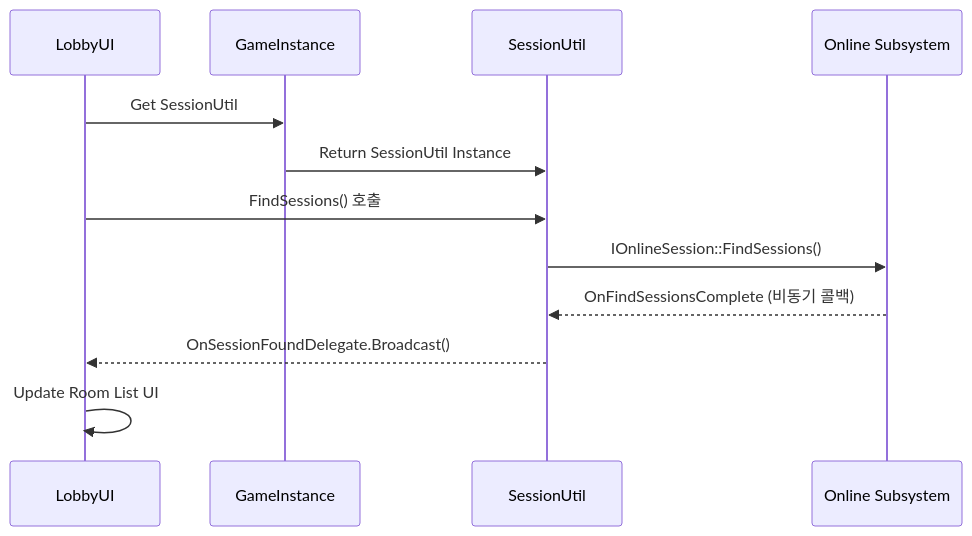
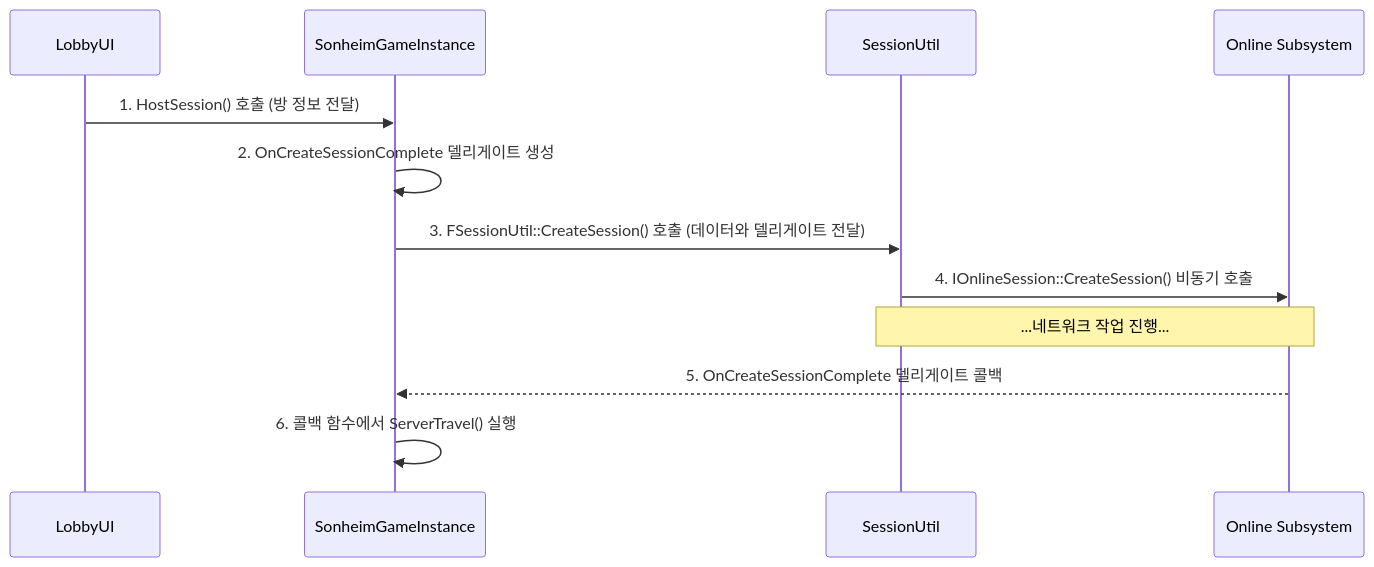
Before and after one commit to chungheonLee0325/Sonheim: the diagram in Doc/Wiki/3.2_Session_Management_And_Lobby.md, drawn with Mermaid. The commit also changed other lines of this file and 41 other files, not shown here.

````diff
--- a/Doc/Wiki/3.2_Session_Management_And_Lobby.md
+++ b/Doc/Wiki/3.2_Session_Management_And_Lobby.md
@@ -18,15 +18,15 @@
 ```mermaid
 sequenceDiagram
     participant UI as LobbyUI
-    participant GI as GameInstance
+    participant GI as SonheimGameInstance
     participant Util as SessionUtil
     participant OSS as Online Subsystem
 
-    UI->>GI: Get SessionUtil
-    GI->>Util: Return SessionUtil Instance
-    UI->>Util: FindSessions() 호출
-    Util->>OSS: IOnlineSession::FindSessions()
-    OSS-->>Util: OnFindSessionsComplete (비동기 콜백)
-    Util-->>UI: OnSessionFoundDelegate.Broadcast()
-    UI->>UI: Update Room List UI
+    UI->>GI: 1. HostSession() 호출 (방 정보 전달)
+    GI->>GI: 2. OnCreateSessionComplete 델리게이트 생성
+    GI->>Util: 3. FSessionUtil::CreateSession() 호출 (데이터와 델리게이트 전달)
+    Util->>OSS: 4. IOnlineSession::CreateSession() 비동기 호출
+    Note over Util,OSS: ...네트워크 작업 진행...
+    OSS-->>GI: 5. OnCreateSessionComplete 델리게이트 콜백
+    GI->>GI: 6. 콜백 함수에서 ServerTravel() 실행
 ```
````
